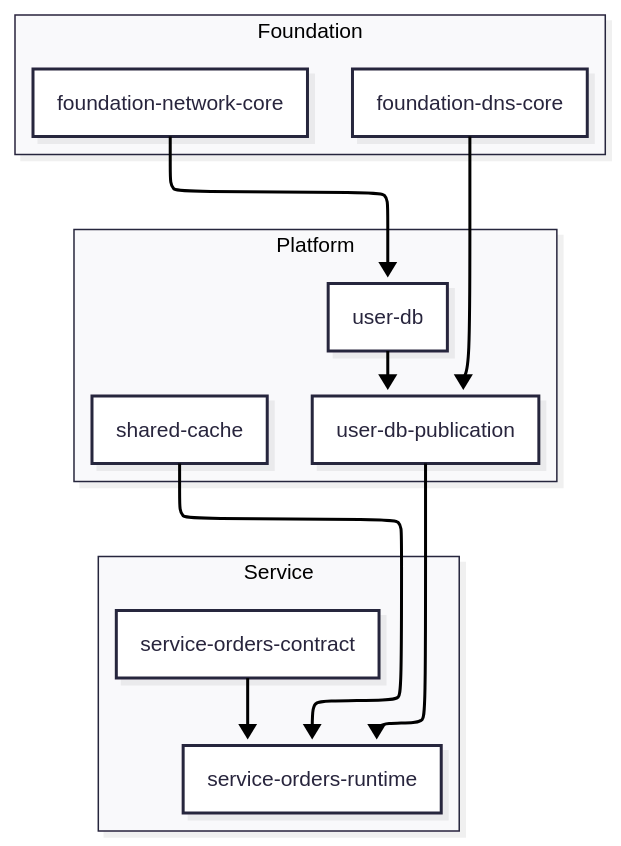
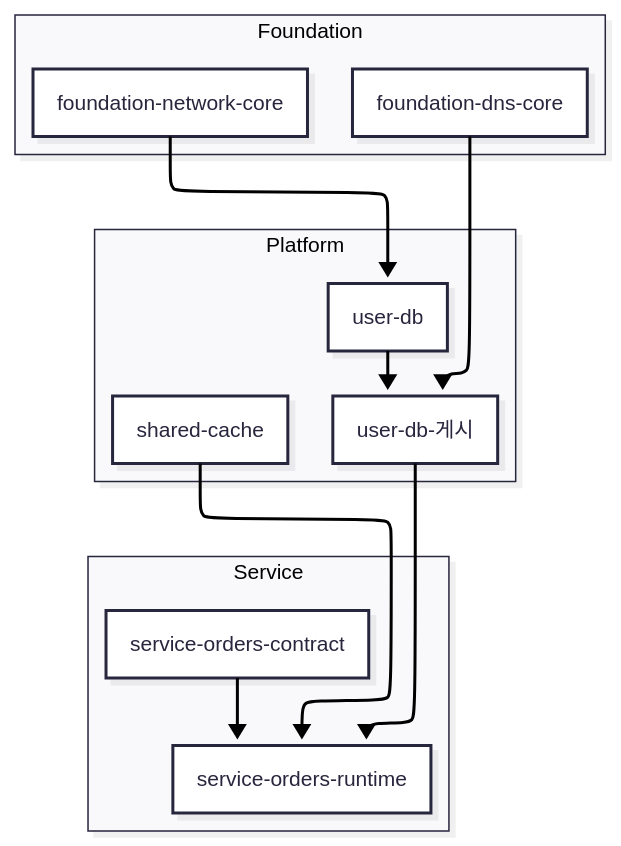
One commit to DeokJong/terraform-3-layer-architecture-specification changed the second of 2 diagrams in docs/architecture/01-overview.md. Above: the diagram before and after it, drawn with Mermaid. The commit also changed other lines of this file and 36 other files, not shown here.

````diff
--- a/docs/architecture/01-overview.md
+++ b/docs/architecture/01-overview.md
@@ -77,31 +77,31 @@
 ```mermaid
 ---
 config:
   layout: elk
   theme: redux
   look: neo
 ---
 flowchart TB
     subgraph Foundation
         FN[foundation-network-core]
         FD[foundation-dns-core]
     end
 
     subgraph Platform
         PDB[user-db]
-        PDBP[user-db-publication]
+        PDBP[user-db-게시]
         PCACHE[shared-cache]
     end
 
     subgraph Service
         SRT[service-orders-runtime]
         SCT[service-orders-contract]
     end
 
     FN --> PDB
     FD --> PDBP
     PDB --> PDBP
     PDBP --> SRT
     PCACHE --> SRT
     SCT --> SRT
 ```
````
